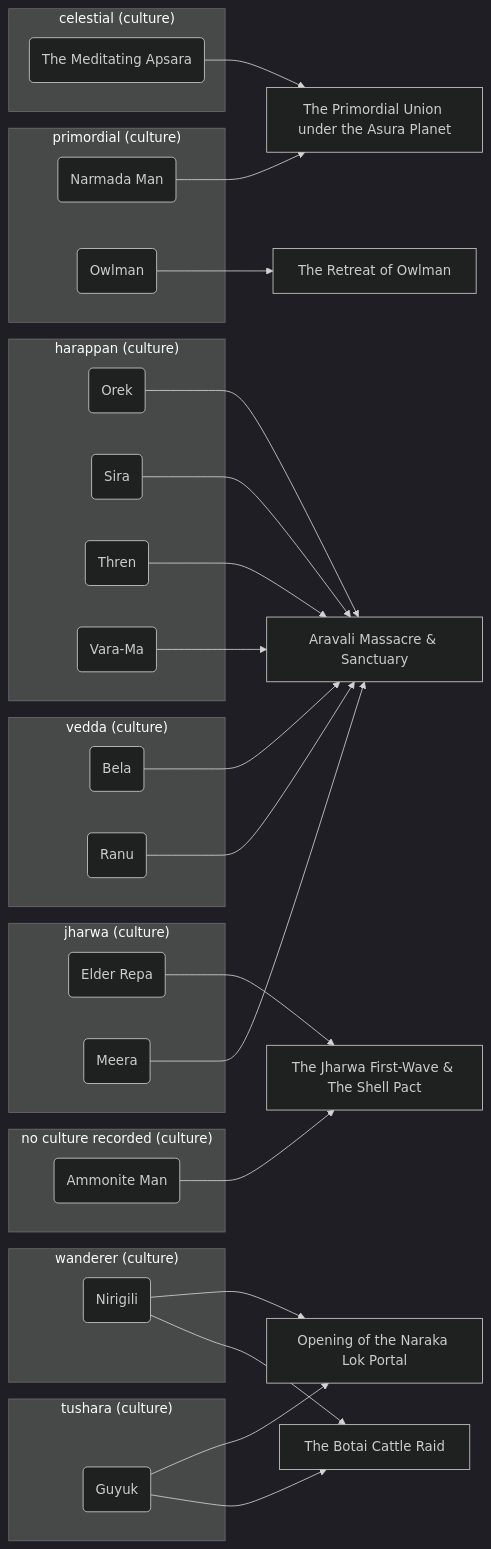
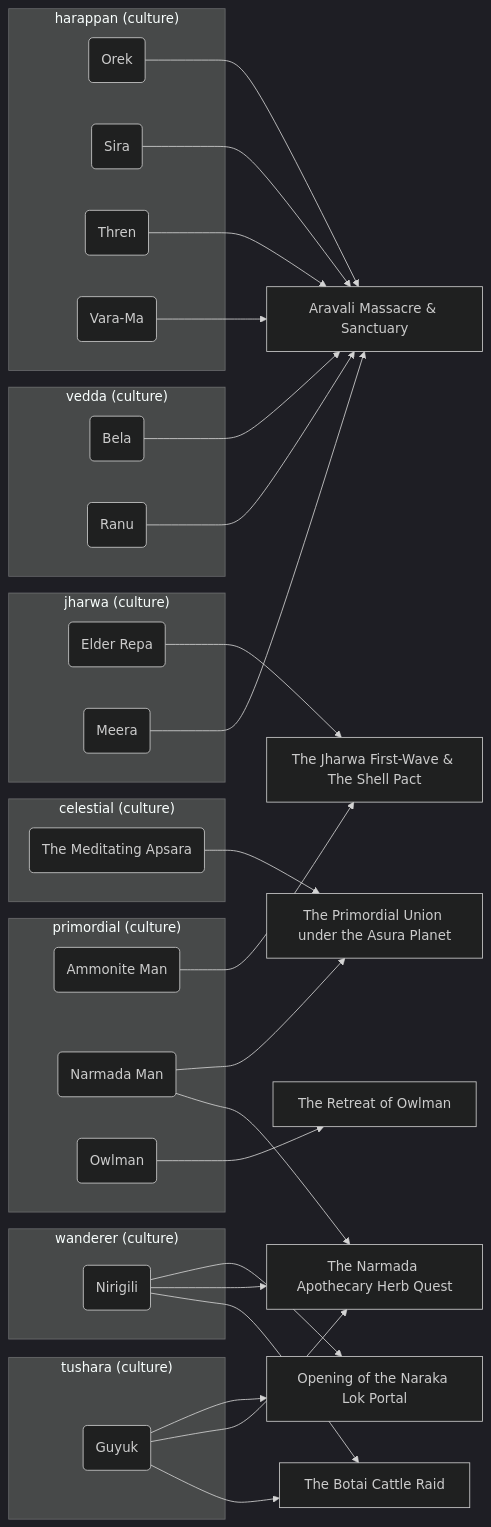
One commit to lordlebu/SouthOfTethys changed the third of 6 diagrams in docs/memory_map.md. Above: the diagram before and after it, drawn with Mermaid (dark theme). The commit also changed other lines of this file and 24 other files, not shown here.

````diff
--- a/docs/memory_map.md
+++ b/docs/memory_map.md
@@ -77,55 +98,57 @@
 ```mermaid
 graph LR
   subgraph grp_celestial["celestial (culture)"]
     character_meditating_apsara("The Meditating Apsara")
   end
   subgraph grp_harappan["harappan (culture)"]
     character_orek("Orek")
     character_sira("Sira")
     character_thren("Thren")
     character_vara_ma("Vara-Ma")
   end
   subgraph grp_jharwa["jharwa (culture)"]
     character_jharwa_elder_repa("Elder Repa")
     character_meera("Meera")
   end
-  subgraph grp_no_culture_recorded["no culture recorded (culture)"]
+  subgraph grp_primordial["primordial (culture)"]
     character_ammonite_man("Ammonite Man")
-  end
-  subgraph grp_primordial["primordial (culture)"]
     character_narmada_man("Narmada Man")
     character_owlman("Owlman")
   end
   subgraph grp_tushara["tushara (culture)"]
     character_guyuk("Guyuk")
   end
   subgraph grp_vedda["vedda (culture)"]
     character_bela("Bela")
     character_ranu("Ranu")
   end
   subgraph grp_wanderer["wanderer (culture)"]
     character_nirigili("Nirigili")
   end
   event_aravali_massacre["Aravali Massacre & Sanctuary"]
   event_botai_cattle_raid["The Botai Cattle Raid"]
+  event_guyuk_narmada_apothecary_quest["The Narmada Apothecary Herb Quest"]
   event_jharwa_first_wave_shell_pact["The Jharwa First-Wave & The Shell Pact"]
   event_naraka_portal["Opening of the Naraka Lok Portal"]
   event_retreat_of_owlman["The Retreat of Owlman"]
   event_union_narmada_man_apsara["The Primordial Union under the Asura Planet"]
   character_ammonite_man --> event_jharwa_first_wave_shell_pact
   character_bela --> event_aravali_massacre
   character_guyuk --> event_botai_cattle_raid
+  character_guyuk --> event_guyuk_narmada_apothecary_quest
   character_guyuk --> event_naraka_portal
   character_jharwa_elder_repa --> event_jharwa_first_wave_shell_pact
   character_meditating_apsara --> event_union_narmada_man_apsara
   character_meera --> event_aravali_massacre
+  character_narmada_man --> event_guyuk_narmada_apothecary_quest
   character_narmada_man --> event_union_narmada_man_apsara
   character_nirigili --> event_botai_cattle_raid
+  character_nirigili --> event_guyuk_narmada_apothecary_quest
   character_nirigili --> event_naraka_portal
   character_orek --> event_aravali_massacre
   character_owlman --> event_retreat_of_owlman
   character_ranu --> event_aravali_massacre
   character_sira --> event_aravali_massacre
   character_thren --> event_aravali_massacre
   character_vara_ma --> event_aravali_massacre
 ```
````
